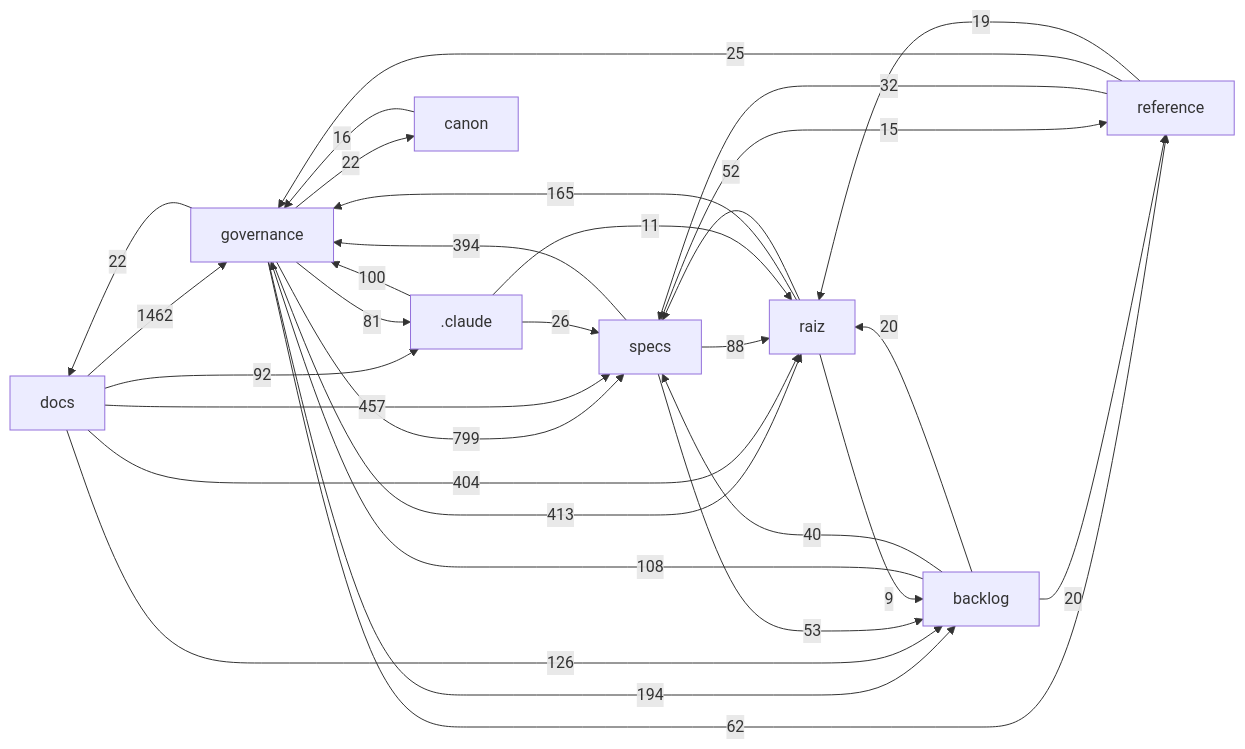
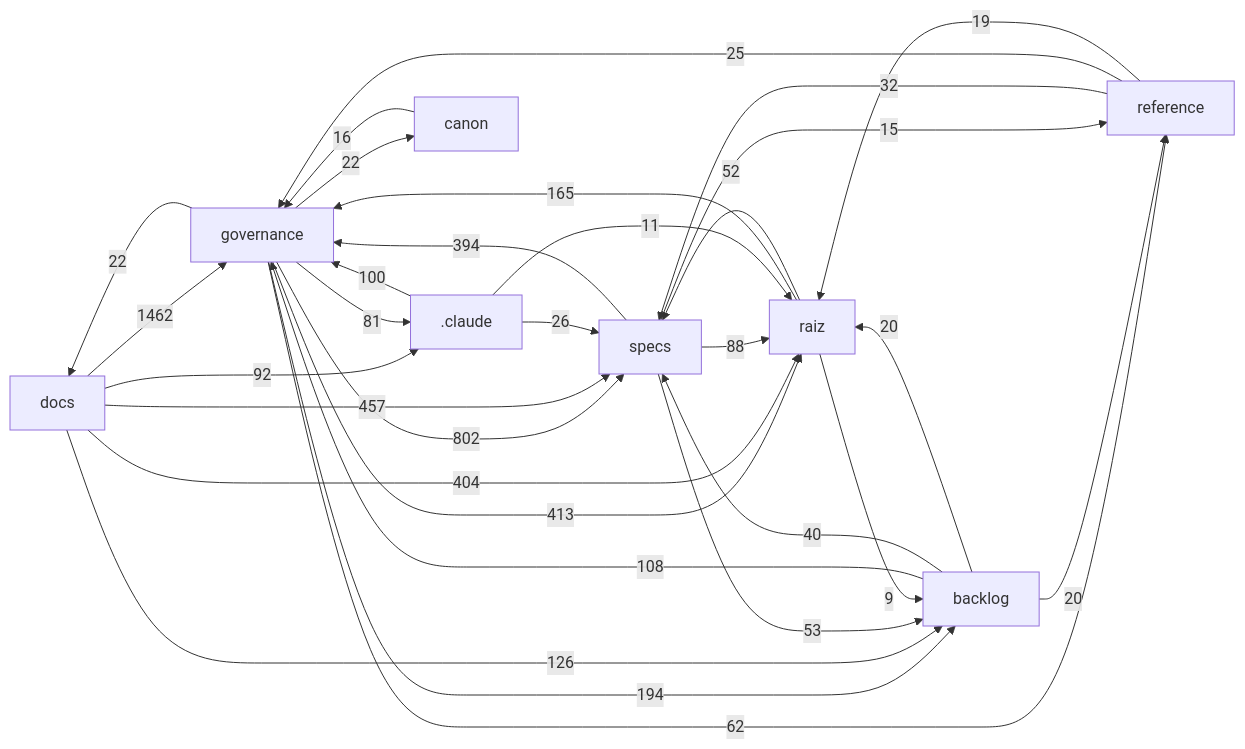
The diagram in docs/mapa/MAPA-PROJETO.md (Andraus35/Sistema-Operacional-de-Trading--SOT), drawn with Mermaid before and after one commit. The commit also changed other lines of this file and 5 other files, not shown here.

````diff
--- a/docs/mapa/MAPA-PROJETO.md
+++ b/docs/mapa/MAPA-PROJETO.md
@@ -29,33 +29,33 @@
 ```mermaid
 flowchart LR
   docs["docs"] -->|1462| governance["governance"]
-  governance["governance"] -->|799| specs["specs"]
+  governance["governance"] -->|802| specs["specs"]
   docs["docs"] -->|457| specs["specs"]
   governance["governance"] -->|413| raiz["raiz"]
   docs["docs"] -->|404| raiz["raiz"]
   specs["specs"] -->|394| governance["governance"]
   governance["governance"] -->|194| backlog["backlog"]
   raiz["raiz"] -->|165| governance["governance"]
   docs["docs"] -->|126| backlog["backlog"]
   backlog["backlog"] -->|108| governance["governance"]
   _claude[".claude"] -->|100| governance["governance"]
   docs["docs"] -->|92| _claude[".claude"]
   specs["specs"] -->|88| raiz["raiz"]
   governance["governance"] -->|81| _claude[".claude"]
   governance["governance"] -->|62| reference["reference"]
   specs["specs"] -->|53| backlog["backlog"]
   raiz["raiz"] -->|52| specs["specs"]
   backlog["backlog"] -->|40| specs["specs"]
   reference["reference"] -->|32| specs["specs"]
   _claude[".claude"] -->|26| specs["specs"]
   reference["reference"] -->|25| governance["governance"]
   governance["governance"] -->|22| docs["docs"]
   governance["governance"] -->|22| canon["canon"]
   backlog["backlog"] -->|20| raiz["raiz"]
   backlog["backlog"] -->|20| reference["reference"]
   reference["reference"] -->|19| raiz["raiz"]
   canon["canon"] -->|16| governance["governance"]
   specs["specs"] -->|15| reference["reference"]
   _claude[".claude"] -->|11| raiz["raiz"]
   raiz["raiz"] -->|9| backlog["backlog"]
 ```
````
